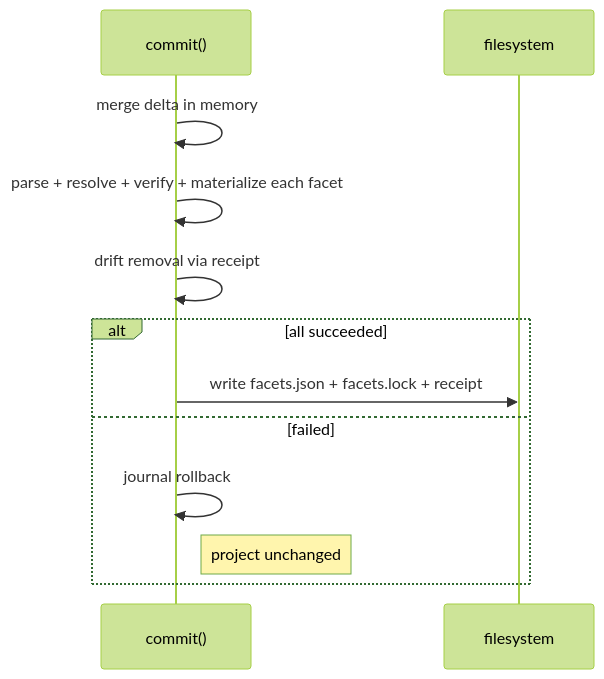
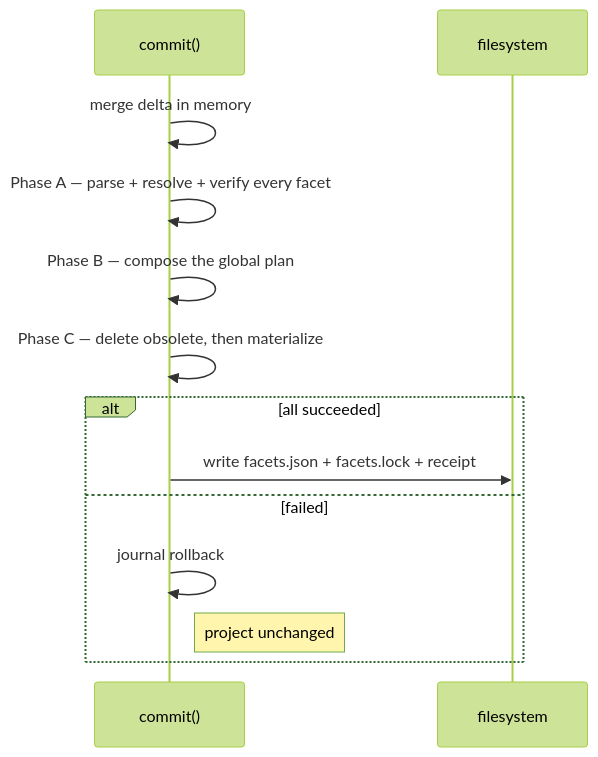
One commit to agent-facets/facets changed the fifth of 5 diagrams in docs/specification/commit.mdx. Above: the diagram before and after it, drawn with Mermaid (forest theme). The commit also changed other lines of this file and 26 other files, not shown here.

First line of the commit message:
Add cross-facet name collision resolution, asset aliasing/omission, manifest 0.1, lockfile 0.3, and Resolve-all → Compose → Apply pipeline (#482)

````diff
--- a/docs/specification/commit.mdx
+++ b/docs/specification/commit.mdx
@@ -200,14 +255,15 @@
 ```mermaid
 sequenceDiagram
     participant Commit as commit()
     participant FS as filesystem
     Commit->>Commit: merge delta in memory
-    Commit->>Commit: parse + resolve + verify + materialize each facet
-    Commit->>Commit: drift removal via receipt
+    Commit->>Commit: Phase A — parse + resolve + verify every facet
+    Commit->>Commit: Phase B — compose the global plan
+    Commit->>Commit: Phase C — delete obsolete, then materialize
     alt all succeeded
         Commit->>FS: write facets.json + facets.lock + receipt
     else failed
         Commit->>Commit: journal rollback
         Note right of Commit: project unchanged
     end
 ```
````
